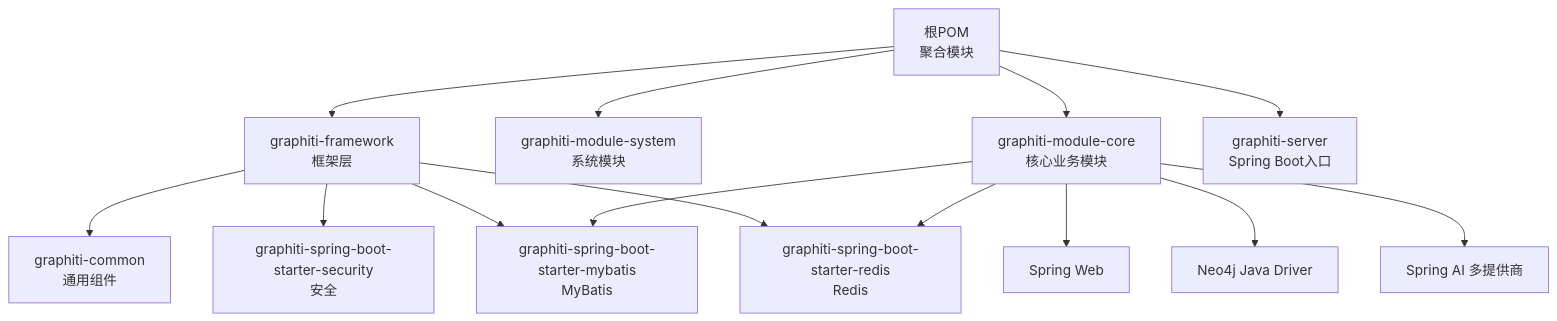
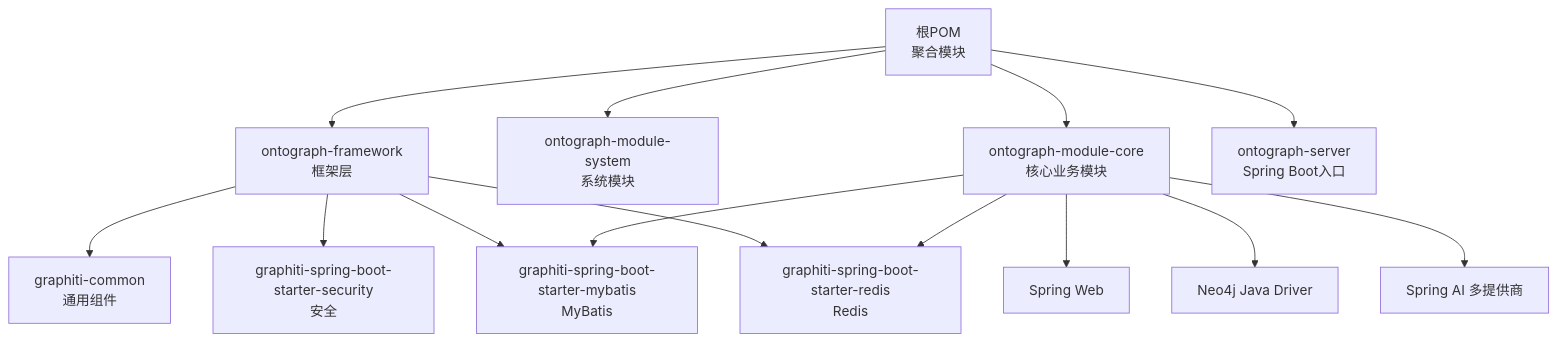
One commit to joezxh/graphiti-java changed the first of 6 diagrams in docs/manual/开发指南/开发指南.md. Above: the diagram before and after it, drawn with Mermaid. The commit also changed other lines of this file and 200 other files, not shown here.

````diff
--- a/docs/manual/开发指南/开发指南.md
+++ b/docs/manual/开发指南/开发指南.md
@@ -38,16 +38,16 @@
 ```mermaid
 graph TB
-Root["根POM<br/>聚合模块"] --> FW["graphiti-framework<br/>框架层"]
-Root --> SYS["graphiti-module-system<br/>系统模块"]
-Root --> CORE["graphiti-module-core<br/>核心业务模块"]
-Root --> SRV["graphiti-server<br/>Spring Boot入口"]
+Root["根POM<br/>聚合模块"] --> FW["ontograph-framework<br/>框架层"]
+Root --> SYS["ontograph-module-system<br/>系统模块"]
+Root --> CORE["ontograph-module-core<br/>核心业务模块"]
+Root --> SRV["ontograph-server<br/>Spring Boot入口"]
 FW --> COMMON["graphiti-common<br/>通用组件"]
 FW --> SEC["graphiti-spring-boot-starter-security<br/>安全"]
 FW --> MB["graphiti-spring-boot-starter-mybatis<br/>MyBatis"]
 FW --> REDIS["graphiti-spring-boot-starter-redis<br/>Redis"]
 CORE --> WEB["Spring Web"]
 CORE --> MB
 CORE --> REDIS
 CORE --> NEO4J["Neo4j Java Driver"]
 CORE --> AI["Spring AI 多提供商"]
 ```
````
